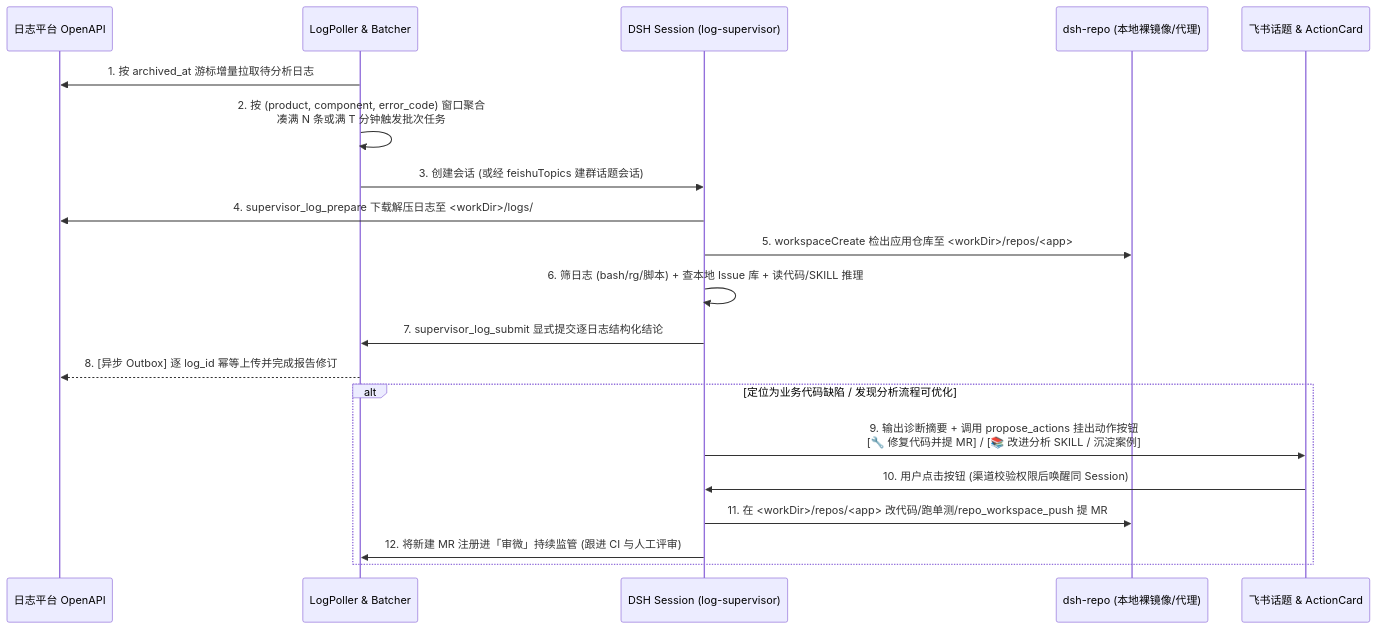
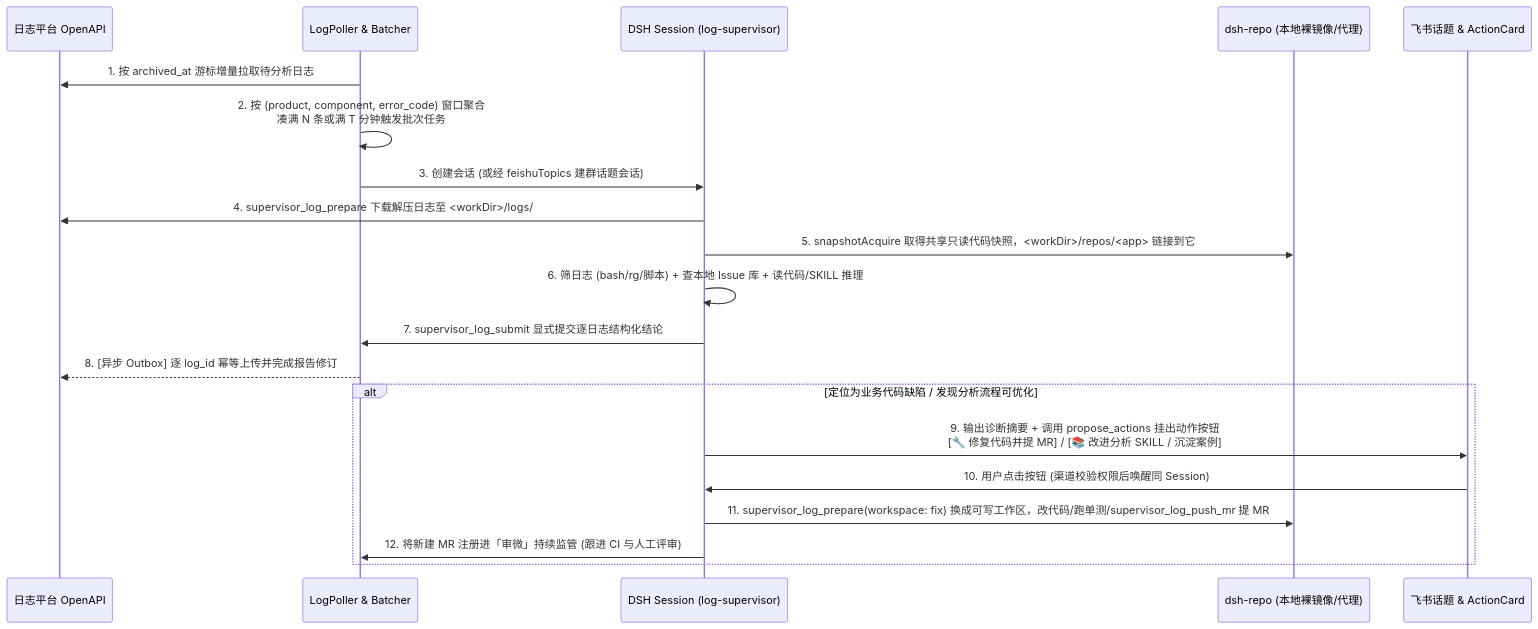
One commit to modestoma/dsh-logalyze changed the diagram in docs/supervisor/02-log-supervision.md. Above: the diagram before and after it, drawn with Mermaid. The commit also changed other lines of this file and 20 other files, not shown here.

````diff
--- a/docs/supervisor/02-log-supervision.md
+++ b/docs/supervisor/02-log-supervision.md
@@ -11,23 +11,23 @@
 ```mermaid
 sequenceDiagram
     participant P as 日志平台 OpenAPI
     participant W as LogPoller & Batcher
     participant S as DSH Session (log-supervisor)
     participant R as dsh-repo (本地裸镜像/代理)
     participant F as 飞书话题 & ActionCard
 
     W->>P: 1. 按 archived_at 游标增量拉取待分析日志
     W->>W: 2. 按 (product, component, error_code) 窗口聚合<br/>凑满 N 条或满 T 分钟触发批次任务
     W->>S: 3. 创建会话 (或经 feishuTopics 建群话题会话)
     S->>P: 4. supervisor_log_prepare 下载解压日志至 <workDir>/logs/
-    S->>R: 5. workspaceCreate 检出应用仓库至 <workDir>/repos/<app>
+    S->>R: 5. snapshotAcquire 取得共享只读代码快照，<workDir>/repos/<app> 链接到它
     S->>S: 6. 筛日志 (bash/rg/脚本) + 查本地 Issue 库 + 读代码/SKILL 推理
     S->>W: 7. supervisor_log_submit 显式提交逐日志结构化结论
     W-->>P: 8. [异步 Outbox] 逐 log_id 幂等上传并完成报告修订
     alt 定位为业务代码缺陷 / 发现分析流程可优化
         S->>F: 9. 输出诊断摘要 + 调用 propose_actions 挂出动作按钮<br/>[🔧 修复代码并提 MR] / [📚 改进分析 SKILL / 沉淀案例]
         F->>S: 10. 用户点击按钮 (渠道校验权限后唤醒同 Session)
-        S->>R: 11. 在 <workDir>/repos/<app> 改代码/跑单测/repo_workspace_push 提 MR
+        S->>R: 11. supervisor_log_prepare(workspace: fix) 换成可写工作区，改代码/跑单测/supervisor_log_push_mr 提 MR
         S->>W: 12. 将新建 MR 注册进「审微」持续监管 (跟进 CI 与人工评审)
     end
 ```
````
